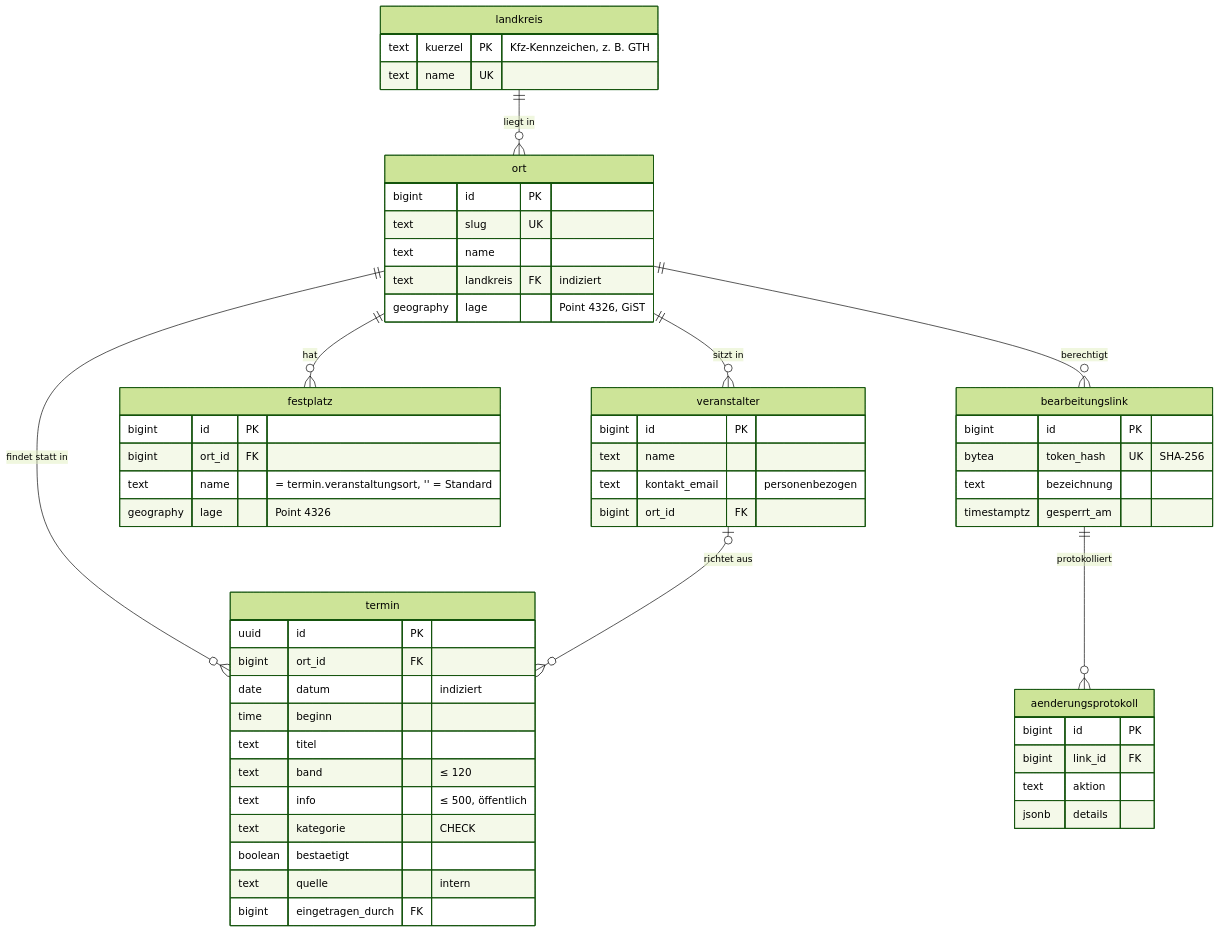
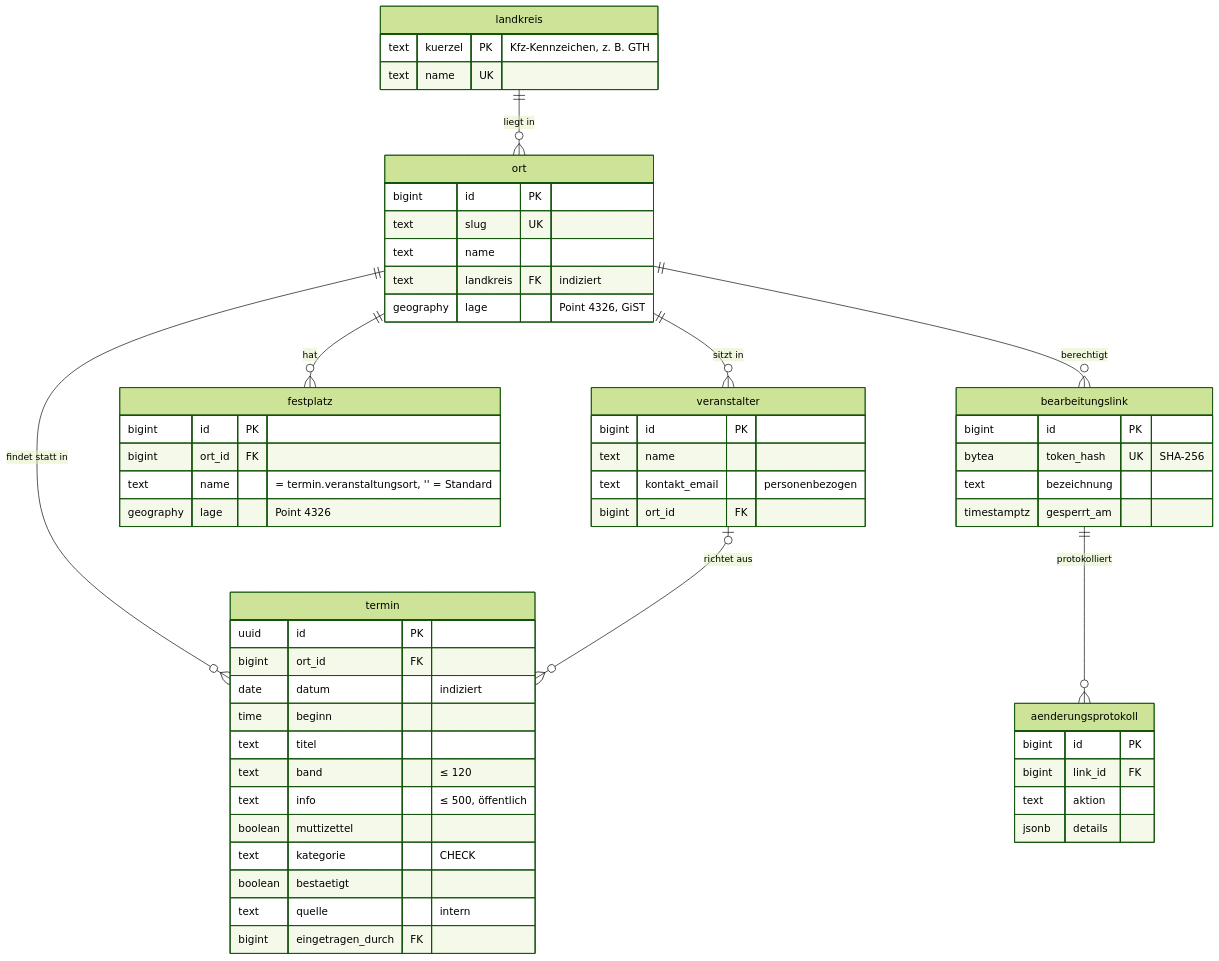
Before and after one commit to dschaell/kirmes-thueringen: the third of 3 diagrams in docs/architecture/05-bausteinsicht.md, drawn with Mermaid (forest theme). The commit also changed 27 other files, not shown here.

First line of the commit message:
feat(termine): Muttizettel-Vorlage am Termin zum Drucken

````diff
--- a/docs/architecture/05-bausteinsicht.md
+++ b/docs/architecture/05-bausteinsicht.md
@@ -118,17 +118,17 @@
 ```mermaid
 erDiagram
   landkreis ||--o{ ort : "liegt in"
   ort ||--o{ termin : "findet statt in"
   ort ||--o{ veranstalter : "sitzt in"
   ort ||--o{ festplatz : "hat"
   ort ||--o{ bearbeitungslink : "berechtigt"
   bearbeitungslink ||--o{ aenderungsprotokoll : "protokolliert"
   veranstalter |o--o{ termin : "richtet aus"
   landkreis { text kuerzel PK "Kfz-Kennzeichen, z. B. GTH" text name UK }
   ort { bigint id PK text slug UK text name text landkreis FK "indiziert" geography lage "Point 4326, GiST" }
   veranstalter { bigint id PK text name text kontakt_email "personenbezogen" bigint ort_id FK }
   festplatz { bigint id PK bigint ort_id FK text name "= termin.veranstaltungsort, '' = Standard" geography lage "Point 4326" }
   bearbeitungslink { bigint id PK bytea token_hash UK "SHA-256" text bezeichnung timestamptz gesperrt_am }
   aenderungsprotokoll { bigint id PK bigint link_id FK text aktion jsonb details }
-  termin { uuid id PK bigint ort_id FK date datum "indiziert" time beginn text titel text band "≤ 120" text info "≤ 500, öffentlich" text kategorie "CHECK" boolean bestaetigt text quelle "intern" bigint eingetragen_durch FK }
+  termin { uuid id PK bigint ort_id FK date datum "indiziert" time beginn text titel text band "≤ 120" text info "≤ 500, öffentlich" boolean muttizettel text kategorie "CHECK" boolean bestaetigt text quelle "intern" bigint eingetragen_durch FK }
 ```
````
